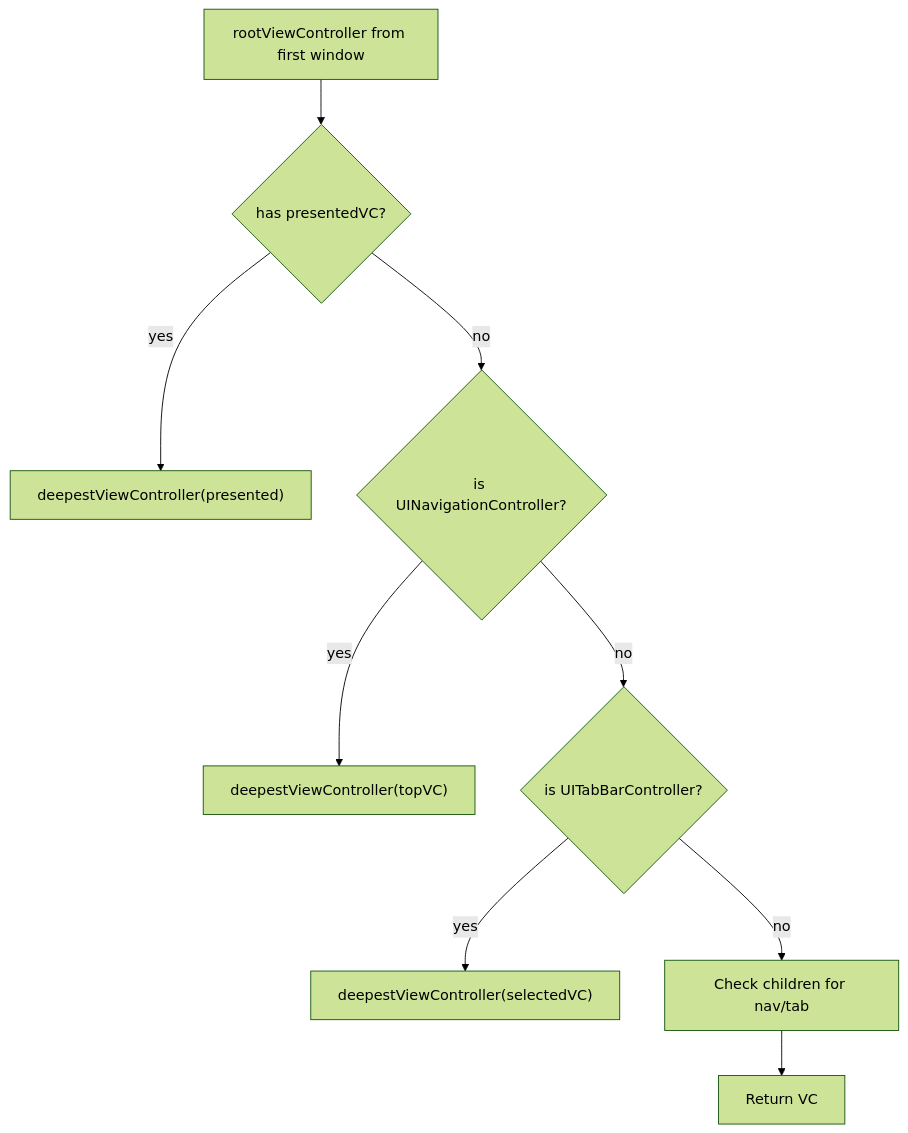
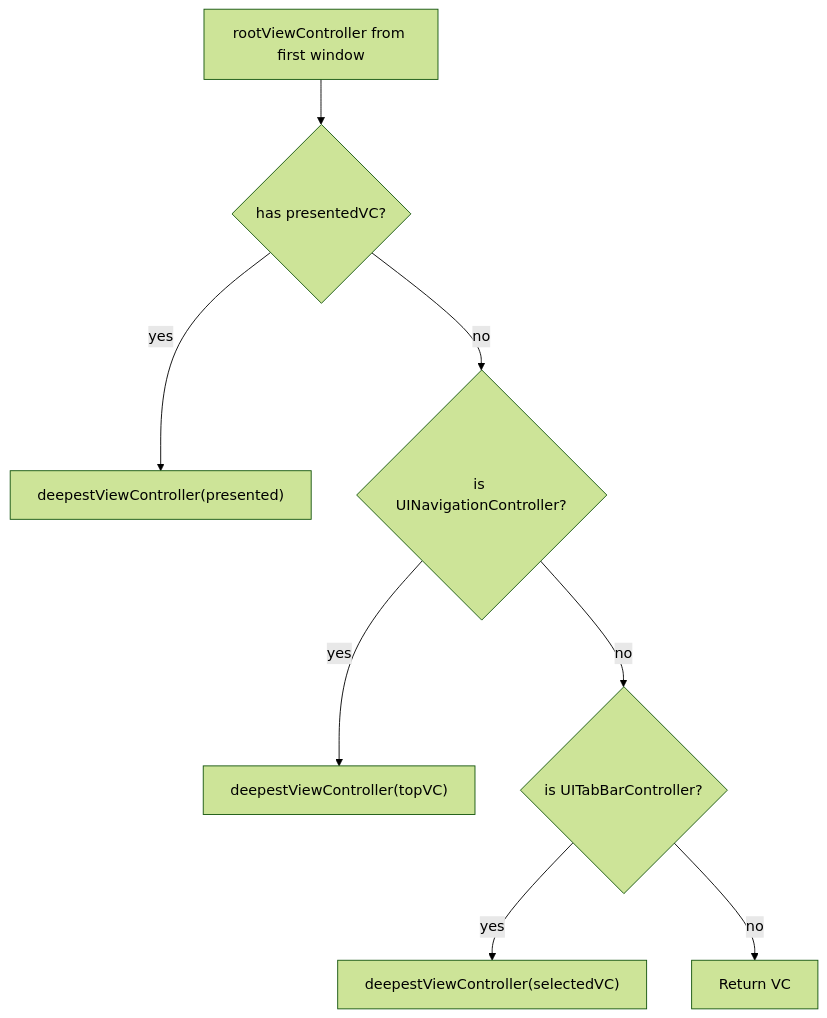
Before and after one commit to RoyalPineapple/TheButtonHeist: the fifth of 6 diagrams in docs/dossiers/15-THETRIPWIRE.md, drawn with Mermaid (forest theme). The commit also changed 2 other files, not shown here.

Commit message:
Stop guessing tripwire child containers

````diff
--- a/docs/dossiers/15-THETRIPWIRE.md
+++ b/docs/dossiers/15-THETRIPWIRE.md
@@ -244,12 +244,11 @@
 ```mermaid
 flowchart TD
     Root["rootViewController from first window"]
     Root --> Presented{has presentedVC?}
     Presented -->|yes| Recurse1["deepestViewController(presented)"]
     Presented -->|no| IsNav{is UINavigationController?}
     IsNav -->|yes| NavTop["deepestViewController(topVC)"]
     IsNav -->|no| IsTab{is UITabBarController?}
     IsTab -->|yes| TabSel["deepestViewController(selectedVC)"]
-    IsTab -->|no| Children["Check children for nav/tab"]
-    Children --> Deepest["Return VC"]
+    IsTab -->|no| Deepest["Return VC"]
 ```
````
